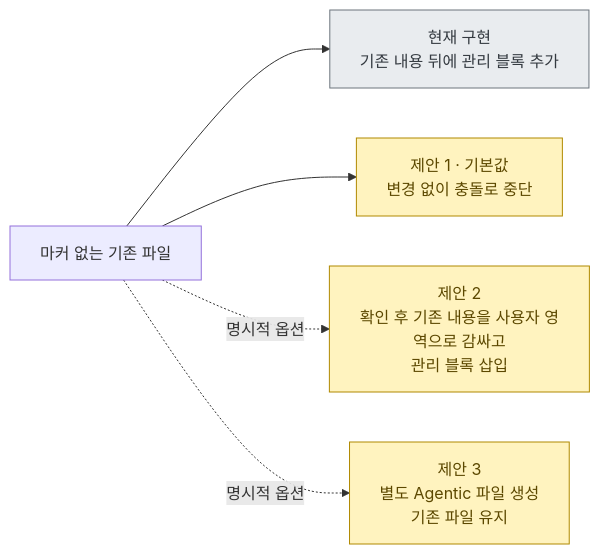
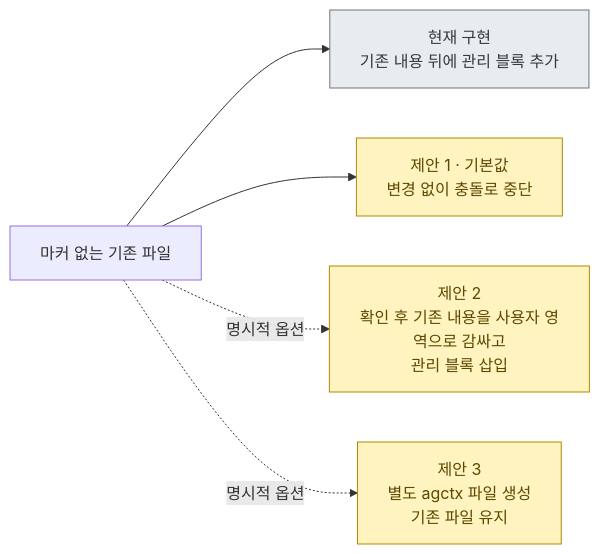
One commit to IsthisLee/agent-context-manager changed the second of 4 diagrams in docs/discussion/architecture/topics/managed-artifact-safety.md. Above: the diagram before and after it, drawn with Mermaid. The commit also changed other lines of this file and 73 other files, not shown here.

````diff
--- a/docs/discussion/architecture/topics/managed-artifact-safety.md
+++ b/docs/discussion/architecture/topics/managed-artifact-safety.md
@@ -113,11 +113,11 @@
 ```mermaid
 flowchart LR
   F["마커 없는 기존 파일"] --> NOW["현재 구현<br/>기존 내용 뒤에 관리 블록 추가"]
   F --> P1["제안 1 · 기본값<br/>변경 없이 충돌로 중단"]
   F -.->|명시적 옵션| P2["제안 2<br/>확인 후 기존 내용을 사용자 영역으로 감싸고<br/>관리 블록 삽입"]
-  F -.->|명시적 옵션| P3["제안 3<br/>별도 Agentic 파일 생성<br/>기존 파일 유지"]
+  F -.->|명시적 옵션| P3["제안 3<br/>별도 agctx 파일 생성<br/>기존 파일 유지"]
   classDef current fill:#e9ecef,stroke:#6c757d,color:#343a40
   classDef proposed fill:#fff3bf,stroke:#b08900,color:#5c4800
   class NOW current
   class P1,P2,P3 proposed
 ```
````
